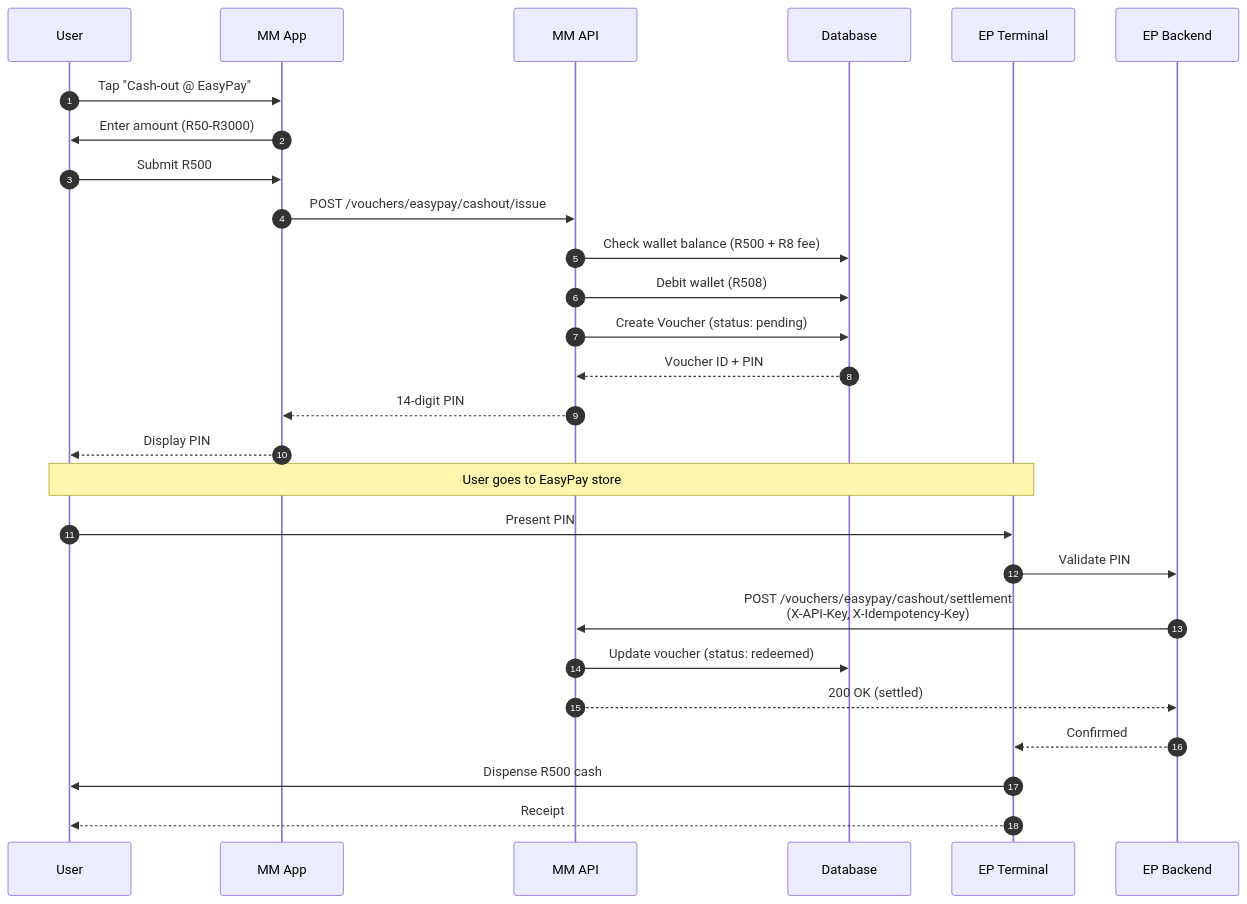
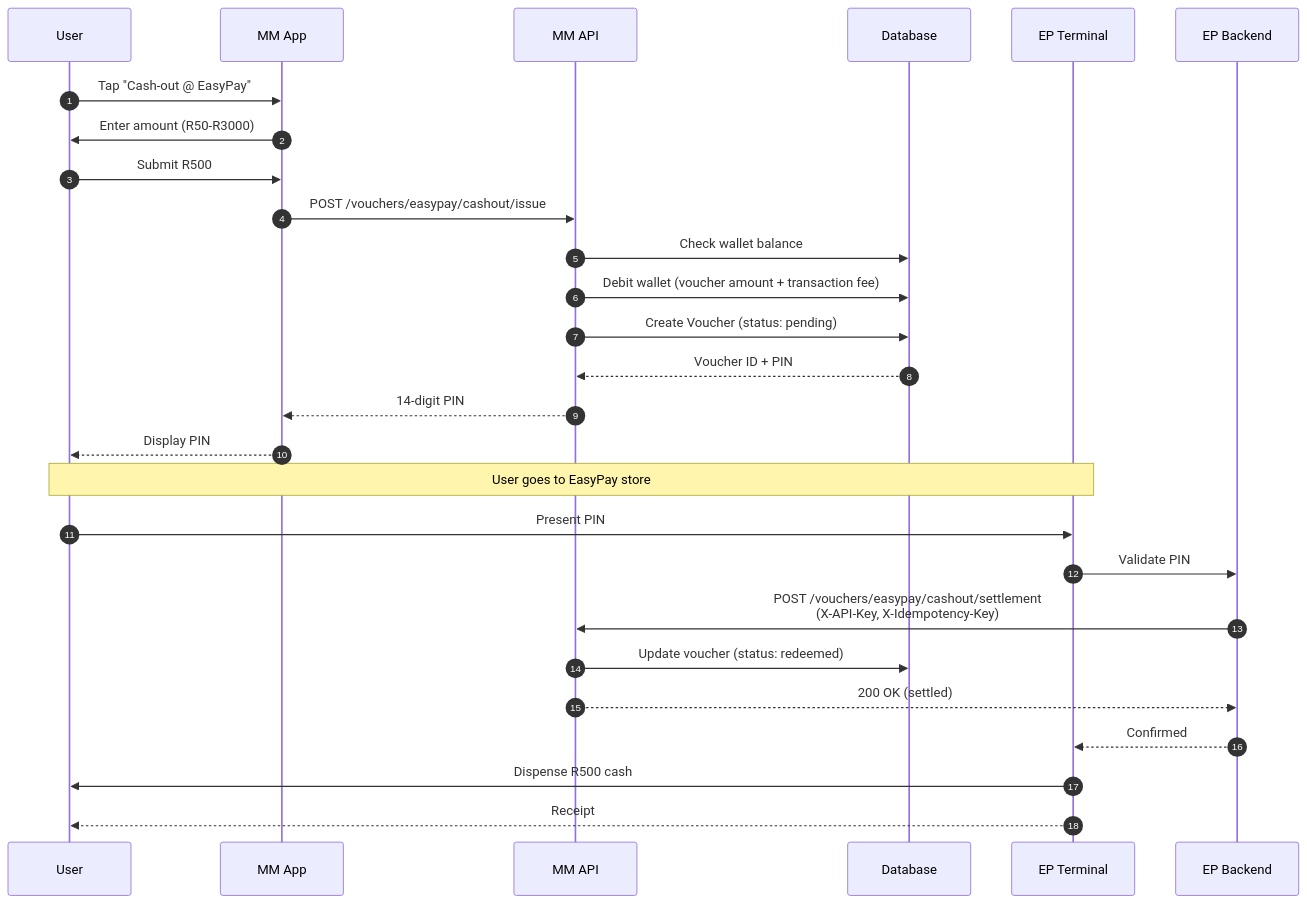
The sixth of 6 diagrams in docs/integrations/EasyPay_API_Integration_Guide.md (mymoolah-africa/mymoolah-platform), drawn with Mermaid before and after one commit. The commit also changed other lines of this file, not shown here.

First line of the commit message:
docs: Remove all fee and margin references from EasyPay API Integration Guide

````diff
--- a/docs/integrations/EasyPay_API_Integration_Guide.md
+++ b/docs/integrations/EasyPay_API_Integration_Guide.md
@@ -1058,31 +1054,31 @@
 ```mermaid
 sequenceDiagram
     autonumber
     participant U as User
     participant App as MM App
     participant API as MM API
     participant DB as Database
     participant EPTerm as EP Terminal
     participant EPBack as EP Backend
     
     U->>App: Tap "Cash-out @ EasyPay"
     App->>U: Enter amount (R50-R3000)
     U->>App: Submit R500
     App->>API: POST /vouchers/easypay/cashout/issue
-    API->>DB: Check wallet balance (R500 + R8 fee)
-    API->>DB: Debit wallet (R508)
+    API->>DB: Check wallet balance
+    API->>DB: Debit wallet (voucher amount + transaction fee)
     API->>DB: Create Voucher (status: pending)
     DB-->>API: Voucher ID + PIN
     API-->>App: 14-digit PIN
     App-->>U: Display PIN
     
     Note over U,EPTerm: User goes to EasyPay store
     U->>EPTerm: Present PIN
     EPTerm->>EPBack: Validate PIN
     EPBack->>API: POST /vouchers/easypay/cashout/settlement<br/>(X-API-Key, X-Idempotency-Key)
     API->>DB: Update voucher (status: redeemed)
     API-->>EPBack: 200 OK (settled)
     EPBack-->>EPTerm: Confirmed
     EPTerm->>U: Dispense R500 cash
     EPTerm-->>U: Receipt
 ```
````
